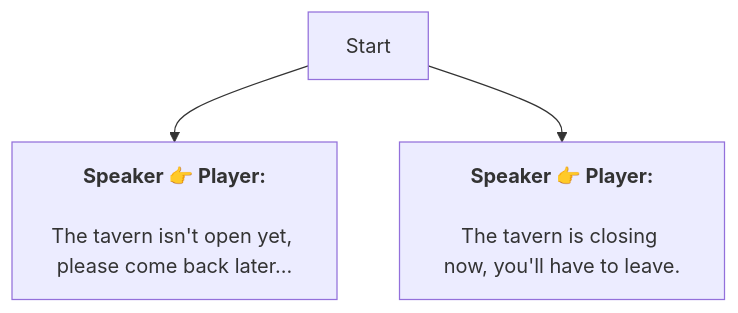
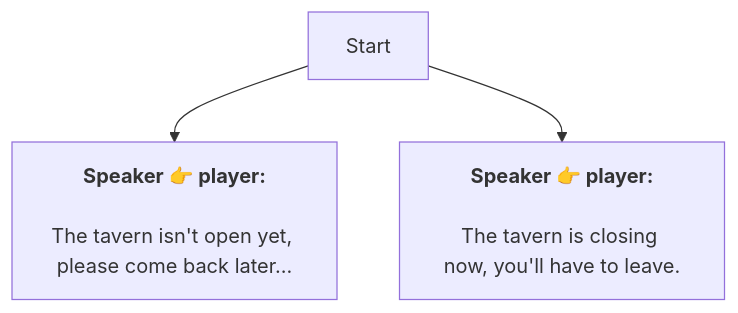
One commit to SoftHu/tos_avg changed the diagram in En/Bar.md. Above: the diagram before and after it, drawn with Mermaid. The commit also changed 737 other files, not shown here.

````diff
--- a/En/Bar.md
+++ b/En/Bar.md
@@ -1,10 +1,8 @@
 ```mermaid
 graph
-Start -->1760023005773387[<b>Speaker 👉 Player:</b>
+Start -->1760023005773387[<b>Speaker 👉 player:</b>
+\nThe tavern isn't open yet, please come back later...]
+Start -->1760023269891661[<b>Speaker 👉 player:</b>
+\nThe tavern is closing now, you'll have to leave.]
 
-The tavern isn't open yet, please come back later...]
-Start -->1760023269891661[<b>Speaker 👉 Player:</b>
-
-The tavern is closing now, you'll have to leave.]
-
- ```
+```
````
